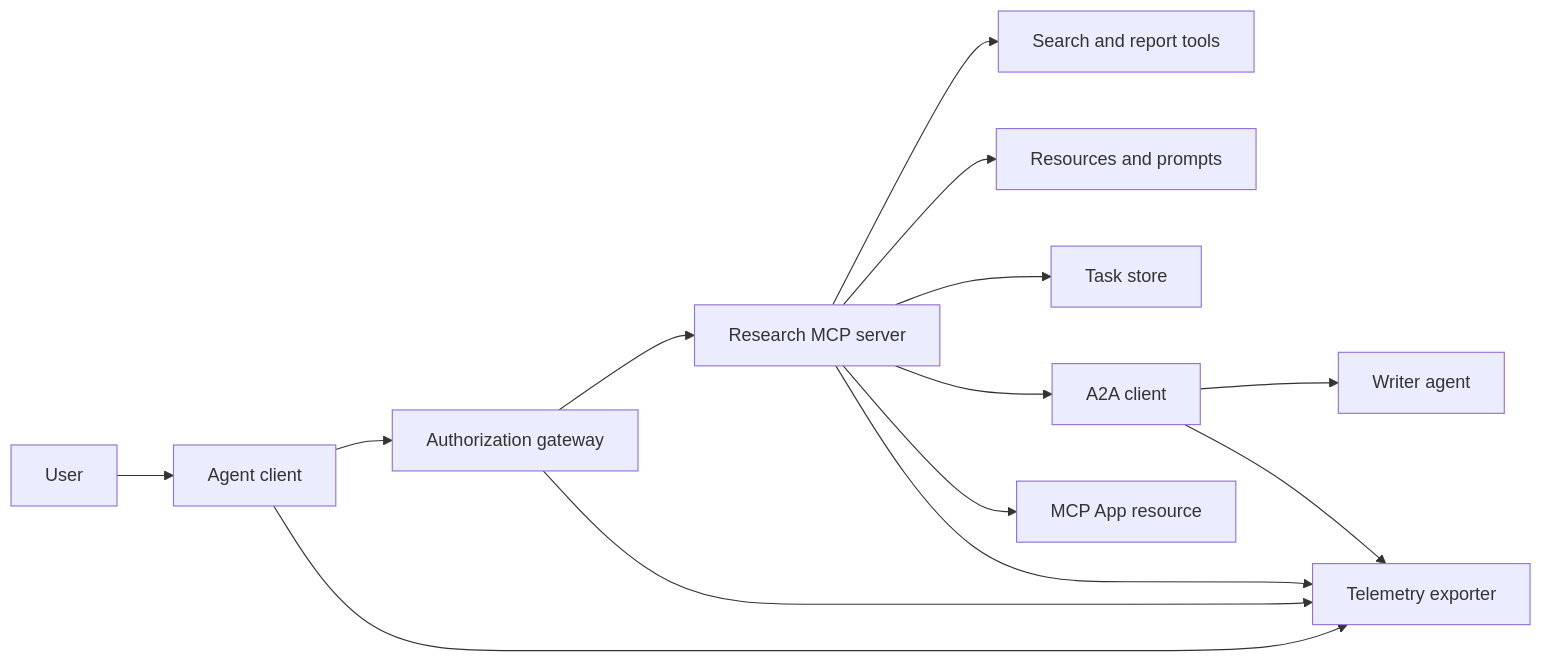
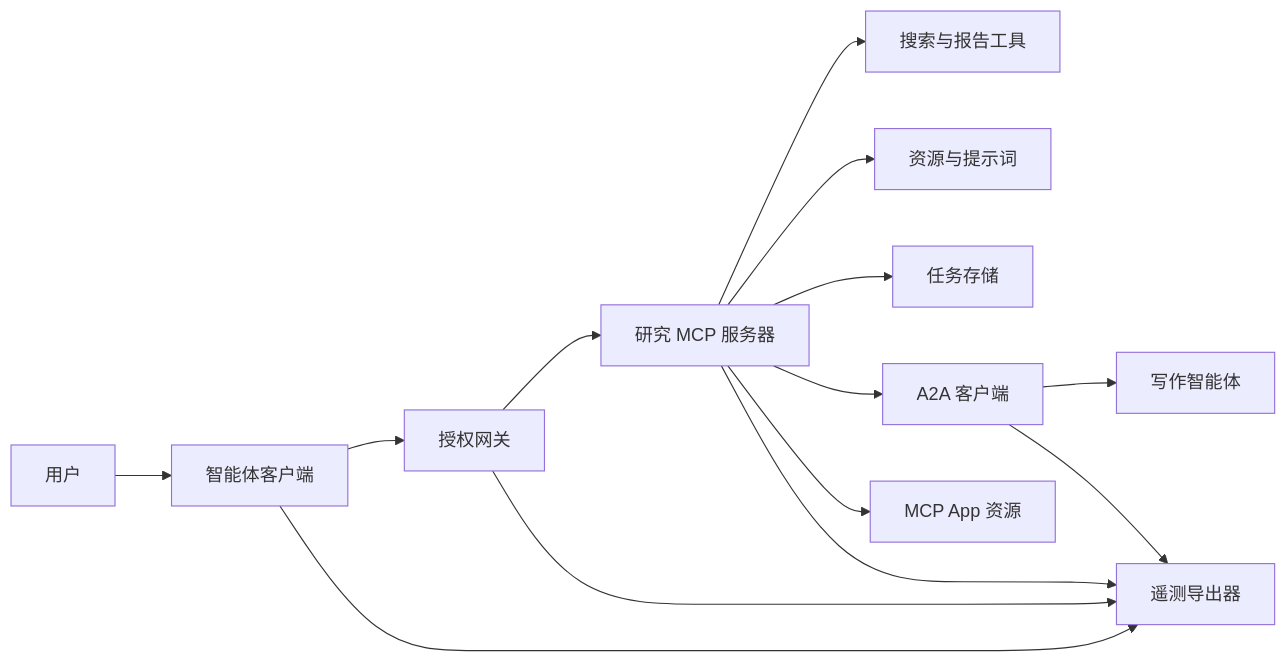
The first of 3 diagrams in content/translations/practice/13-tools-and-protocols/23-capstone-tool-ecosystem/zh.md (huangyue12120/Learning-Atlas), drawn with Mermaid before and after one commit. The commit also changed other lines of this file and 718 other files, not shown here.

````diff
--- a/content/translations/practice/13-tools-and-protocols/23-capstone-tool-ecosystem/zh.md
+++ b/content/translations/practice/13-tools-and-protocols/23-capstone-tool-ecosystem/zh.md
@@ -52,16 +52,16 @@
 ```mermaid
 flowchart LR
-  U[User] --> C[Agent client]
-  C --> G[Authorization gateway]
-  G --> M[Research MCP server]
-  M --> T[Search and report tools]
-  M --> R[Resources and prompts]
-  M --> Q[Task store]
-  M --> A[A2A client]
-  A --> W[Writer agent]
-  M --> UI[MCP App resource]
-  C --> O[Telemetry exporter]
+  U[用户] --> C[智能体客户端]
+  C --> G[授权网关]
+  G --> M[研究 MCP 服务器]
+  M --> T[搜索与报告工具]
+  M --> R[资源与提示词]
+  M --> Q[任务存储]
+  M --> A[A2A 客户端]
+  A --> W[写作智能体]
+  M --> UI[MCP App 资源]
+  C --> O[遥测导出器]
   G --> O
   M --> O
   A --> O
 ```
````
